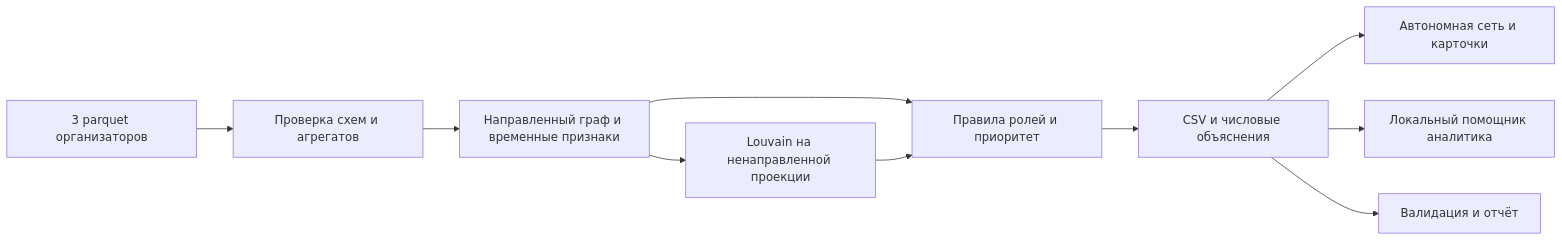
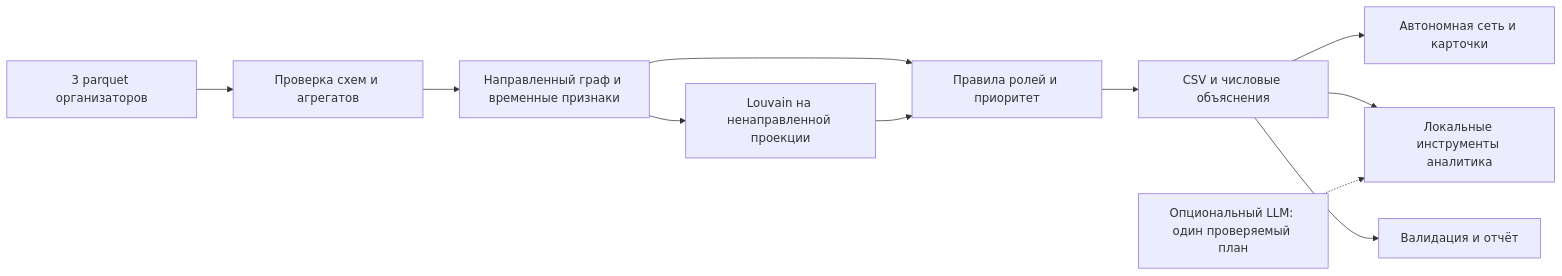
Before and after one commit to BAITC-Hacks/hack-0c0b2c2f-zherimai: the diagram in README.md, drawn with Mermaid. The commit also changed other lines of this file and 13 other files, not shown here.

````diff
--- a/README.md
+++ b/README.md
@@ -177,12 +124,13 @@
 ```mermaid
 flowchart LR
     A[3 parquet организаторов] --> B[Проверка схем и агрегатов]
     B --> C[Направленный граф и временные признаки]
     C --> D[Правила ролей и приоритет]
     C --> E[Louvain на ненаправленной проекции]
     E --> D
     D --> F[CSV и числовые объяснения]
     F --> G[Автономная сеть и карточки]
-    F --> H[Локальный помощник аналитика]
-    F --> I[Валидация и отчёт]
+    F --> H[Локальные инструменты аналитика]
+    I[Опциональный LLM: один проверяемый план] -.-> H
+    F --> J[Валидация и отчёт]
 ```
````
